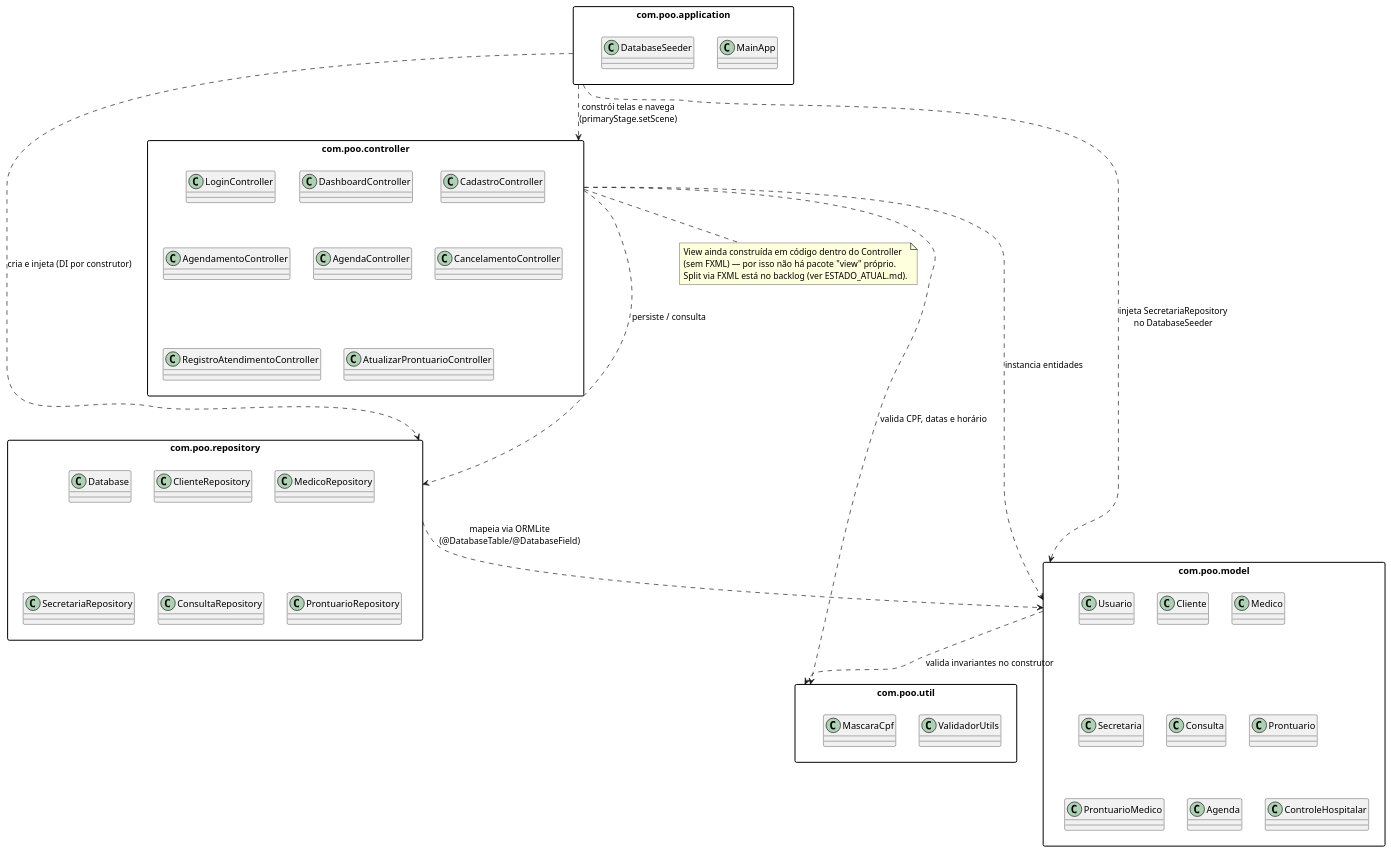
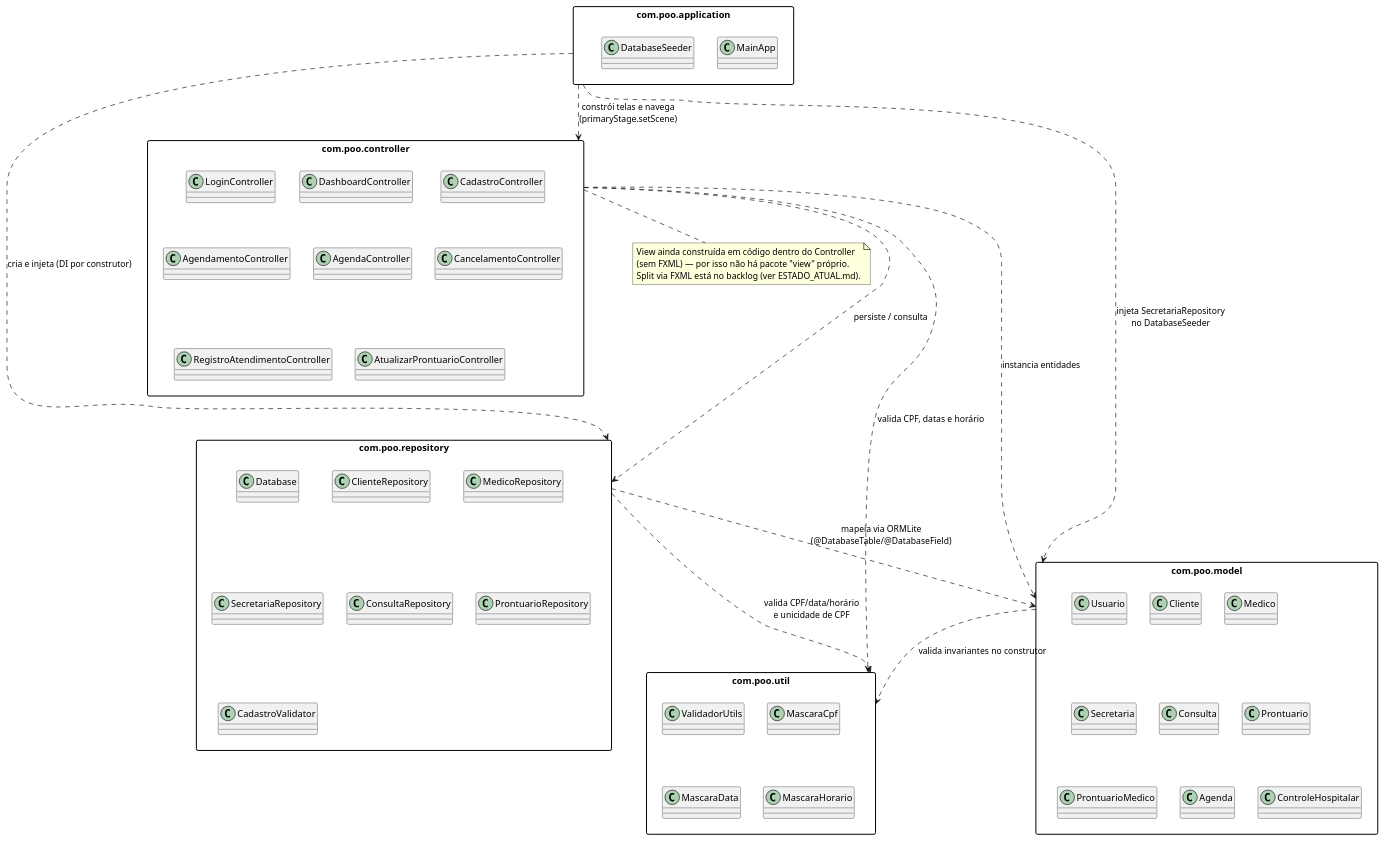
One commit to poo-ec-2026-1/g8 changed the diagram in docs/uml/pacotes.puml. Above: the diagram before and after it, drawn with PlantUML. The commit also changed 5 other files, not shown here.

Commit message:
docs: regenera UML (CadastroValidator, mascaras, validacao de horario)

```diff
--- a/docs/uml/pacotes.puml
+++ b/docs/uml/pacotes.puml
@@ -1,67 +1,71 @@
 @startuml pacotes
 
 ' Diagrama de Pacotes — Sistema de Agendamento de Clínica (G8)
 ' Reflete a estrutura pós-merge do PR #27 (refactor/pacotes-mvc).
 ' Fonte de verdade: src/main/java/com/poo/**
 
 skinparam packageStyle rectangle
 skinparam shadowing false
 
 package "com.poo.application" as application {
   class MainApp
   class DatabaseSeeder
 }
 
 package "com.poo.controller" as controller {
   class LoginController
   class DashboardController
   class CadastroController
   class AgendamentoController
   class AgendaController
   class CancelamentoController
   class RegistroAtendimentoController
   class AtualizarProntuarioController
 }
 
 package "com.poo.model" as model {
   class Usuario
   class Cliente
   class Medico
   class Secretaria
   class Consulta
   class Prontuario
   class ProntuarioMedico
   class Agenda
   class ControleHospitalar
 }
 
 package "com.poo.repository" as repository {
   class Database
   class ClienteRepository
   class MedicoRepository
   class SecretariaRepository
   class ConsultaRepository
   class ProntuarioRepository
+  class CadastroValidator
 }
 
 package "com.poo.util" as util {
   class ValidadorUtils
   class MascaraCpf
+  class MascaraData
+  class MascaraHorario
 }
 
 application ..> controller : constrói telas e navega\n(primaryStage.setScene)
 application ..> repository : cria e injeta (DI por construtor)
 application ..> model : injeta SecretariaRepository\nno DatabaseSeeder
 controller ..> repository : persiste / consulta
 controller ..> util : valida CPF, datas e horário
 controller ..> model : instancia entidades
 repository ..> model : mapeia via ORMLite\n(@DatabaseTable/@DatabaseField)
+repository ..> util : valida CPF/data/horário\ne unicidade de CPF
 model ..> util : valida invariantes no construtor
 
 note bottom of controller
   View ainda construída em código dentro do Controller
   (sem FXML) — por isso não há pacote "view" próprio.
   Split via FXML está no backlog (ver ESTADO_ATUAL.md).
 end note
 
 @enduml
```
